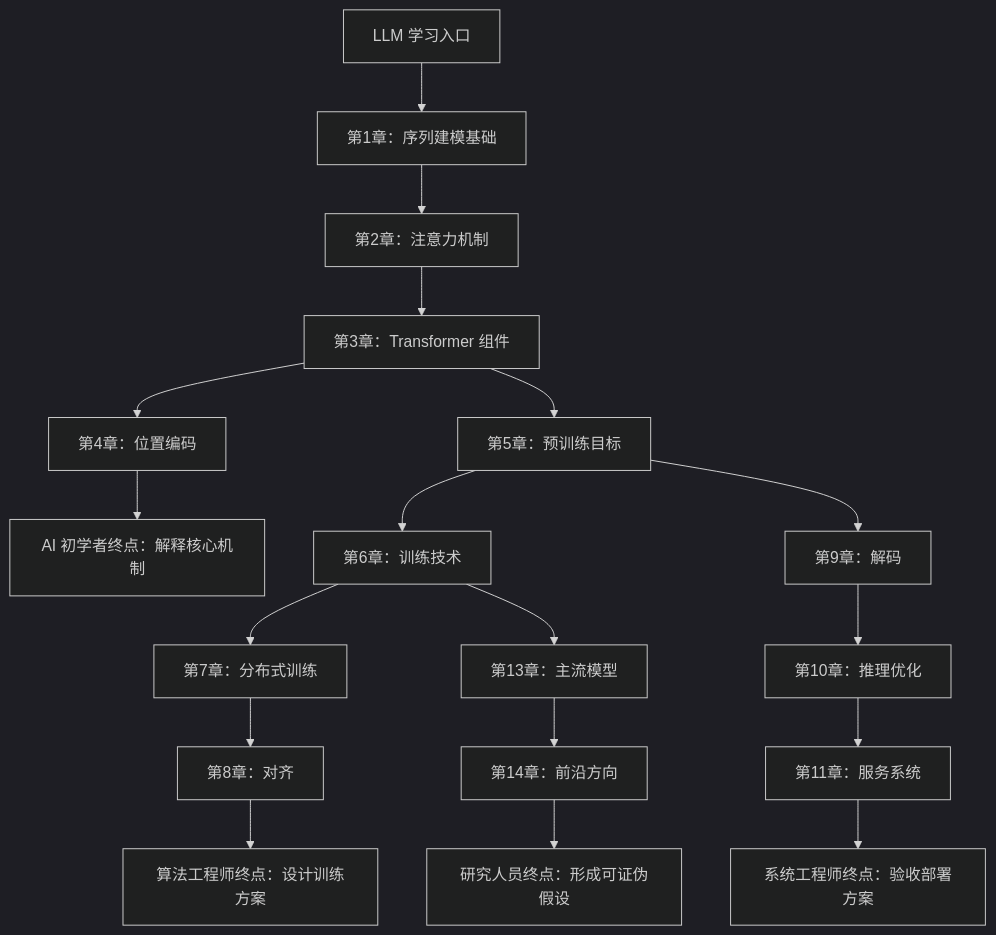
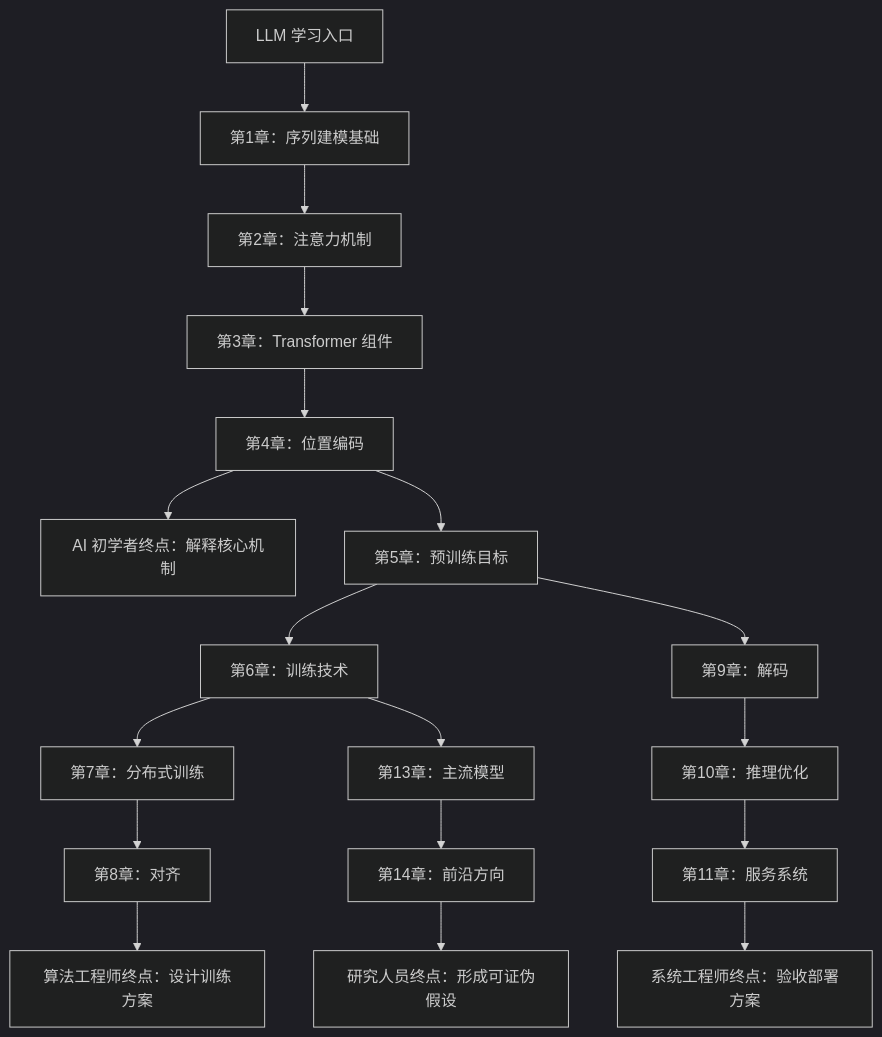
One commit to yeasy/llm_internals changed the diagram in README.md. Above: the diagram before and after it, drawn with Mermaid (dark theme). The commit also changed 7 other files, not shown here.

Commit message:
fix: bound Mermaid rendering and align learning routes

````diff
--- a/README.md
+++ b/README.md
@@ -76,23 +76,23 @@
 ```mermaid
 graph TD
     Start["LLM 学习入口"] --> Ch1["第1章：序列建模基础"]
     Ch1 --> Ch2["第2章：注意力机制"]
     Ch2 --> Ch3["第3章：Transformer 组件"]
     Ch3 --> Ch4["第4章：位置编码"]
     Ch4 --> Beginner["AI 初学者终点：解释核心机制"]
 
-    Ch3 --> Ch5["第5章：预训练目标"]
+    Ch4 --> Ch5["第5章：预训练目标"]
     Ch5 --> Ch6["第6章：训练技术"]
     Ch6 --> Ch7["第7章：分布式训练"]
     Ch7 --> Ch8["第8章：对齐"]
     Ch8 --> Algorithm["算法工程师终点：设计训练方案"]
 
     Ch5 --> Ch9["第9章：解码"]
     Ch9 --> Ch10["第10章：推理优化"]
     Ch10 --> Ch11["第11章：服务系统"]
     Ch11 --> Systems["系统工程师终点：验收部署方案"]
 
     Ch6 --> Ch13["第13章：主流模型"]
     Ch13 --> Ch14["第14章：前沿方向"]
     Ch14 --> Research["研究人员终点：形成可证伪假设"]
 ```
````
